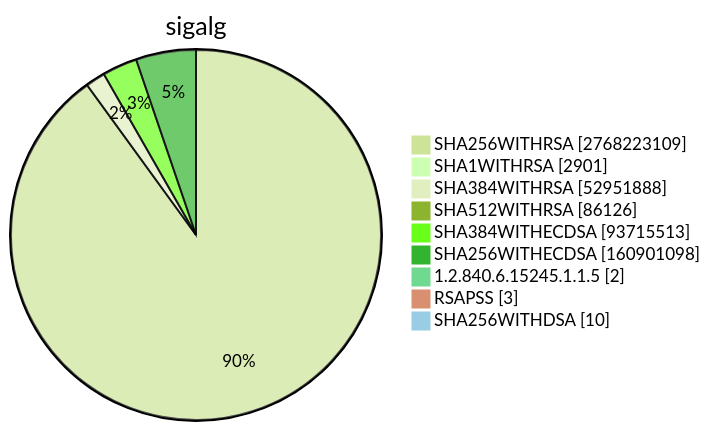
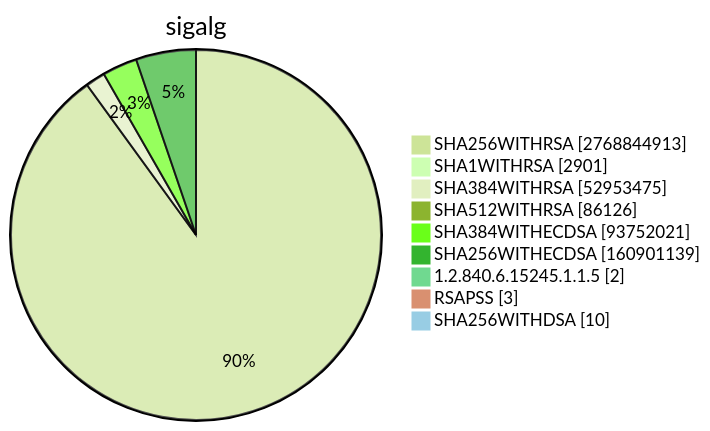
One commit to christiankrug/ctmonitor_visualization changed diagram 15 of 15 in TOTAL/README.md. Above: the diagram before and after it, drawn with Mermaid (forest theme). The commit also changed other lines of this file, not shown here.

````diff
--- a/TOTAL/README.md
+++ b/TOTAL/README.md
@@ -6207,13 +6207,13 @@
 ```mermaid
 pie showData
 title sigalg
-"SHA256WITHRSA" :2768223109
+"SHA256WITHRSA" :2768844913
 "SHA1WITHRSA" :2901
-"SHA384WITHRSA" :52951888
+"SHA384WITHRSA" :52953475
 "SHA512WITHRSA" :86126
-"SHA384WITHECDSA" :93715513
-"SHA256WITHECDSA" :160901098
+"SHA384WITHECDSA" :93752021
+"SHA256WITHECDSA" :160901139
 "1.2.840.6.15245.1.1.5" :2
 "RSAPSS" :3
 "SHA256WITHDSA" :10
 ```
````
